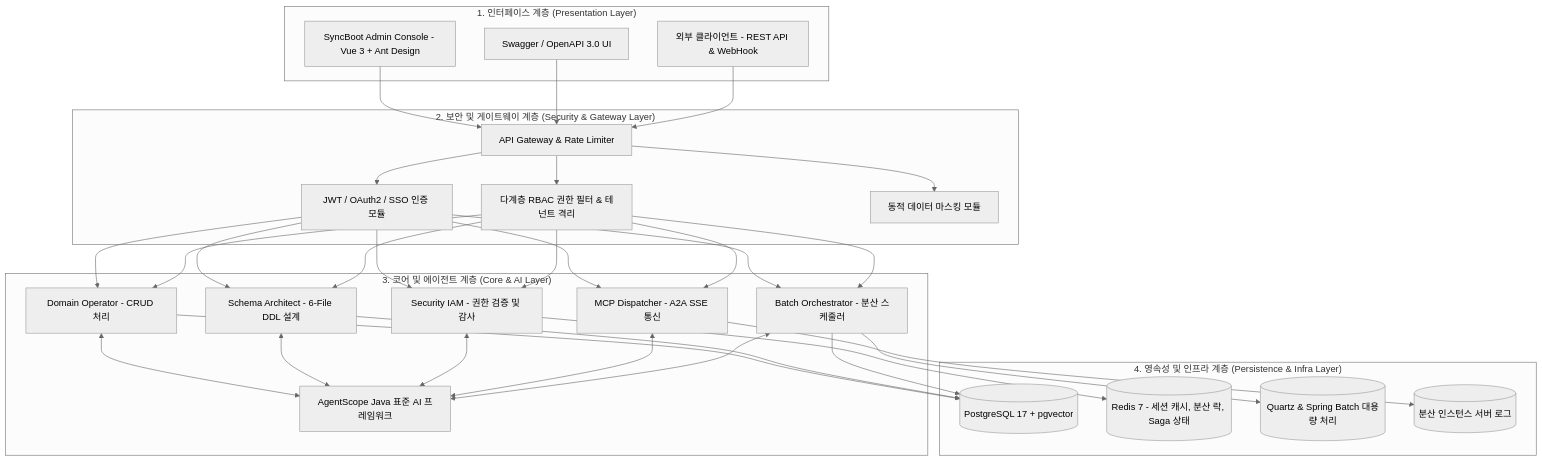
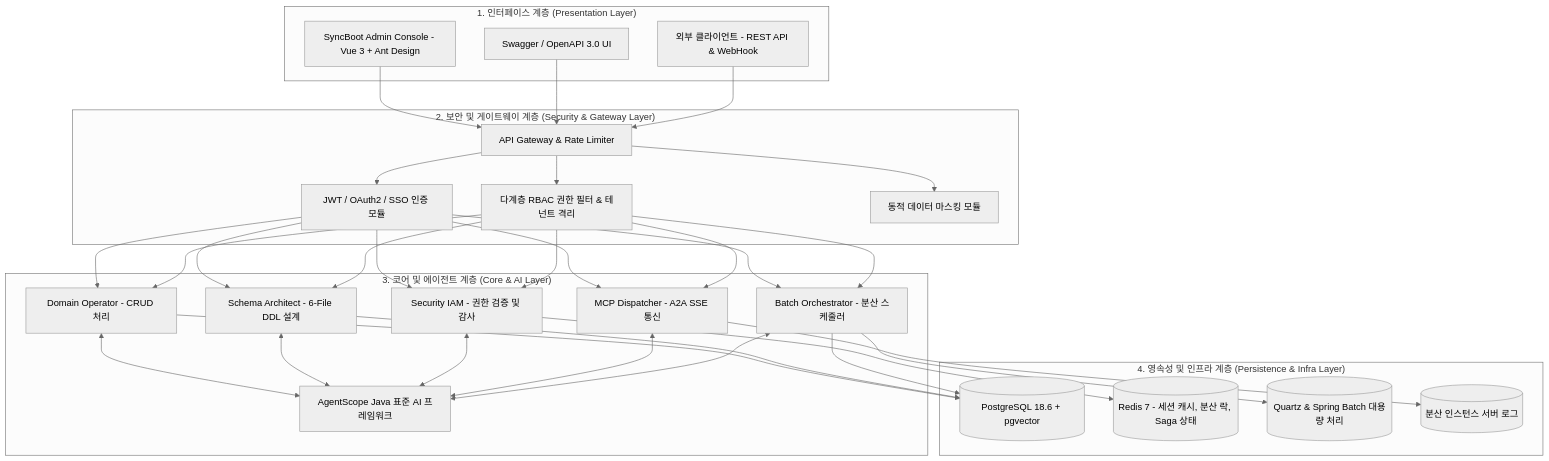
The diagram in ko/syncboot/architecture.md (DramaticCollaboration/doc.github.io), drawn with Mermaid (neutral theme) before and after one commit. The commit also changed other lines of this file and 437 other files, not shown here.

````diff
--- a/ko/syncboot/architecture.md
+++ b/ko/syncboot/architecture.md
@@ -15,41 +15,41 @@
 ```mermaid
 graph TD
     subgraph "1. 인터페이스 계층 (Presentation Layer)"
         UI1[SyncBoot Admin Console - Vue 3 + Ant Design]
         UI2[Swagger / OpenAPI 3.0 UI]
         UI3[외부 클라이언트 - REST API & WebHook]
     end
 
     subgraph "2. 보안 및 게이트웨이 계층 (Security & Gateway Layer)"
         GW[API Gateway & Rate Limiter]
         JWT[JWT / OAuth2 / SSO 인증 모듈]
         RBAC[다계층 RBAC 권한 필터 & 테넌트 격리]
         MASK[동적 데이터 마스킹 모듈]
     end
 
     subgraph "3. 코어 및 에이전트 계층 (Core & AI Layer)"
         AGENT1[Domain Operator - CRUD 처리]
         AGENT2[Schema Architect - 6-File DDL 설계]
         AGENT3[Security IAM - 권한 검증 및 감사]
         AGENT4[MCP Dispatcher - A2A SSE 통신]
         AGENT5[Batch Orchestrator - 분산 스케줄러]
         AS[AgentScope Java 표준 AI 프레임워크]
     end
 
     subgraph "4. 영속성 및 인프라 계층 (Persistence & Infra Layer)"
-        RDB[(PostgreSQL 17 + pgvector)]
+        RDB[(PostgreSQL 18.6 + pgvector)]
         REDIS[(Redis 7 - 세션 캐시, 분산 락, Saga 상태)]
         BATCH[(Quartz & Spring Batch 대용량 처리)]
         LOGS[(분산 인스턴스 서버 로그)]
     end
 
     UI1 & UI2 & UI3 --> GW
     GW --> JWT & RBAC & MASK
     JWT & RBAC --> AGENT1 & AGENT2 & AGENT3 & AGENT4 & AGENT5
     AGENT1 & AGENT2 & AGENT3 & AGENT4 & AGENT5 <--> AS
     AGENT1 --> RDB
     AGENT2 --> RDB
     AGENT3 --> REDIS
     AGENT4 --> LOGS
     AGENT5 --> BATCH & RDB
 ```
````
